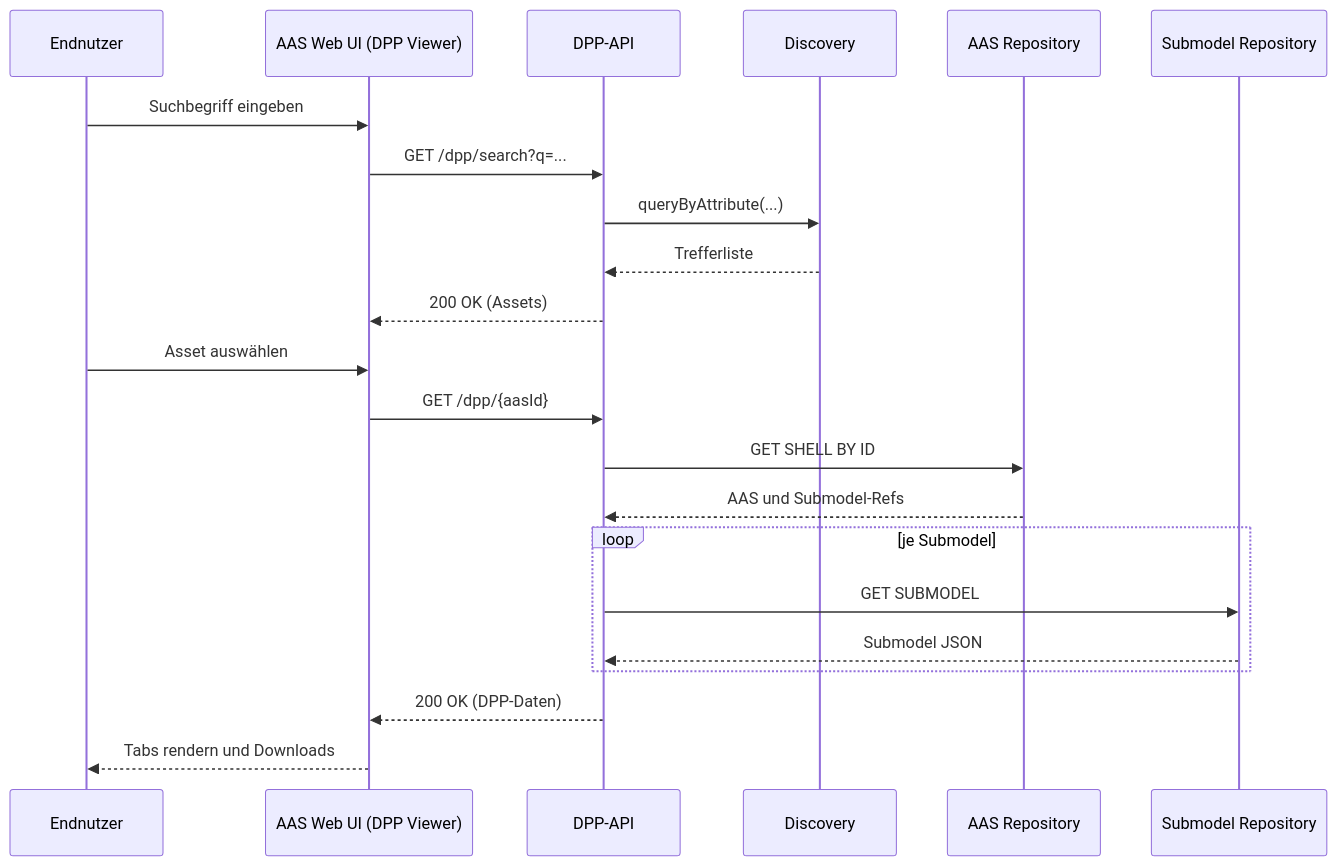
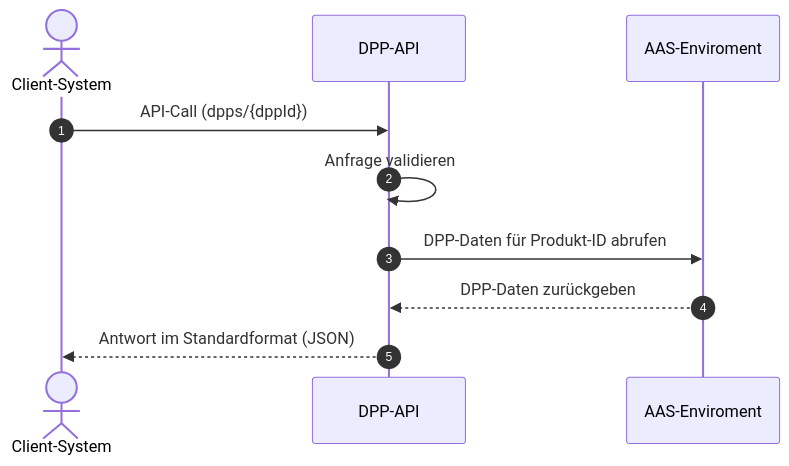
The second of 4 diagrams in PROJECT/SRS/SRS.md (DHBW-TINF24F/Team6-BaSyx-DPP-API), drawn with Mermaid before and after one commit. The commit also changed other lines of this file and 2 other files, not shown here.

````diff
--- a/PROJECT/SRS/SRS.md
+++ b/PROJECT/SRS/SRS.md
@@ -161,28 +84,13 @@
 ```mermaid
 sequenceDiagram
-  participant User as Endnutzer
-  participant Web as AAS Web UI (DPP Viewer)
-  participant API as DPP-API
-  participant Disc as Discovery
-  participant AAS as AAS Repository
-  participant SM as Submodel Repository
+    autonumber
+    actor C as Client-System
+    participant API as DPP-API
+    participant AAS as AAS-Enviroment
 
-  User->>Web: Suchbegriff eingeben
-  Web->>API: GET /dpp/search?q=...
-  API->>Disc: queryByAttribute(...)
-  Disc-->>API: Trefferliste
-  API-->>Web: 200 OK (Assets)
-
-  User->>Web: Asset auswählen
-  Web->>API: GET /dpp/{aasId}
-  API->>AAS: GET SHELL BY ID
-  AAS-->>API: AAS und Submodel-Refs
-
-  loop je Submodel
-    API->>SM: GET SUBMODEL
-    SM-->>API: Submodel JSON
-  end
-
-  API-->>Web: 200 OK (DPP-Daten)
-  Web-->>User: Tabs rendern und Downloads
+    C->>API: API-Call (dpps/{dppId})
+    API->>API: Anfrage validieren
+    API->>AAS: DPP-Daten für Produkt-ID abrufen
+    AAS-->>API: DPP-Daten zurückgeben
+    API-->>C: Antwort im Standardformat (JSON)
 ```
````
